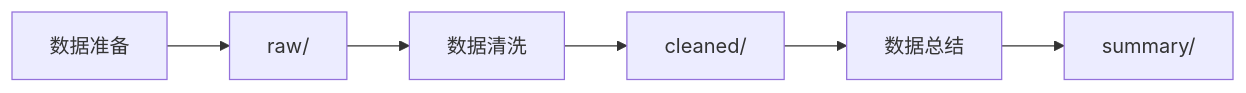
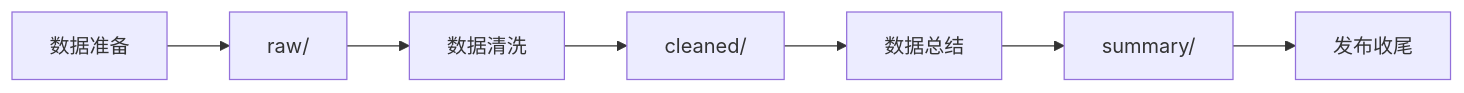
The diagram in skills/managed/weekly-ai-blogs-digest/SKILL.md (VirusPC/edges-brain-viruspc), drawn with Mermaid before and after one commit. The commit also changed other lines of this file and 15 other files, not shown here.

````diff
--- a/skills/managed/weekly-ai-blogs-digest/SKILL.md
+++ b/skills/managed/weekly-ai-blogs-digest/SKILL.md
@@ -31,8 +31,9 @@
 ```mermaid
 flowchart LR
   prepare["数据准备"] --> raw["raw/"]
   raw --> clean["数据清洗"]
   clean --> cleaned["cleaned/"]
   cleaned --> summarize["数据总结"]
   summarize --> summary["summary/"]
+  summary --> publish["发布收尾"]
 ```
````
